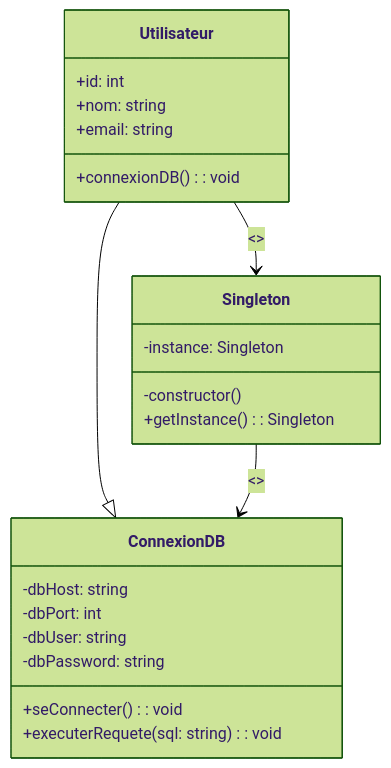
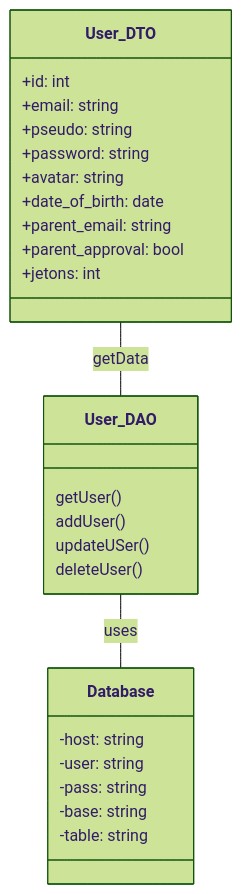
One commit to AZYxV/php_exercice_bdd_campus changed the diagram in test.md. Above: the diagram before and after it, drawn with Mermaid (forest theme).

````diff
--- a/test.md
+++ b/test.md
@@ -1,25 +1,30 @@
 ```mermaid
 classDiagram
-    class Utilisateur {
-        +id: int
-        +nom: string
-        +email: string
-        +connexionDB(): void
-    }
-    class Singleton {
-        -instance: Singleton
-        -constructor()
-        +getInstance(): Singleton
-    }
-    class ConnexionDB {
-        -dbHost: string
-        -dbPort: int
-        -dbUser: string
-        -dbPassword: string
-        +seConnecter(): void
-        +executerRequete(sql: string): void
-    }
-    Utilisateur --|> ConnexionDB
-    Utilisateur --> Singleton : <<utilise>>
-    Singleton --> ConnexionDB : <<utilise>>
+User_DTO -- User_DAO : getData
+User_DAO -- Database : uses
+
+class User_DAO {
+getUser()
+addUser()
+updateUSer()
+deleteUser()
+}
+class User_DTO {
++id: int
++email: string
++pseudo: string
++password: string
++avatar: string
++date_of_birth: date
++parent_email: string
++parent_approval: bool
++jetons: int
+}
+class Database {
+-host: string
+-user: string
+-pass: string
+-base: string
+-table: string
+}
 ```
````
